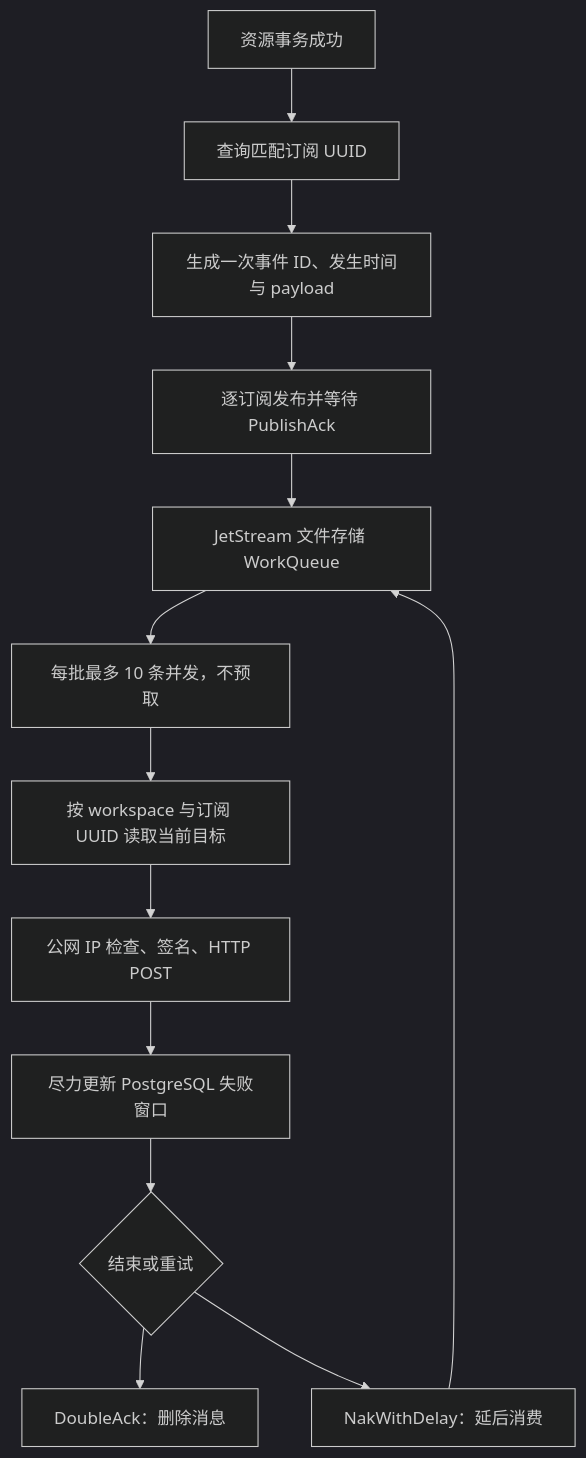
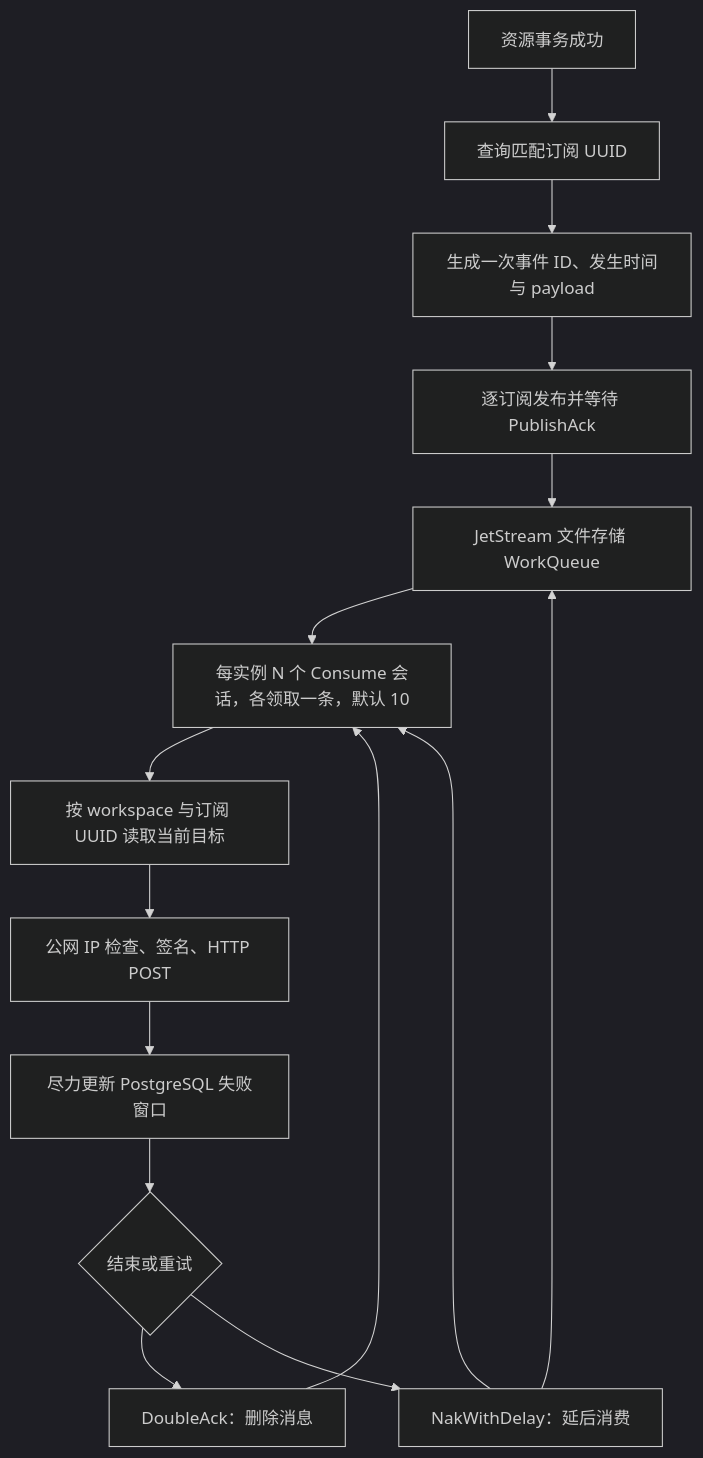
The first of 12 diagrams in docs/design/webhook-subscriptions.md (superduck-ai/open-managed-agents), drawn with Mermaid (dark theme) before and after one commit. The commit also changed other lines of this file and 26 other files, not shown here.

````diff
--- a/docs/design/webhook-subscriptions.md
+++ b/docs/design/webhook-subscriptions.md
@@ -15,15 +15,17 @@
 ```mermaid
 flowchart TD
     Commit[资源事务成功] --> Match[查询匹配订阅 UUID]
     Match --> Event[生成一次事件 ID、发生时间与 payload]
     Event --> Publish[逐订阅发布并等待 PublishAck]
     Publish --> JS[JetStream 文件存储 WorkQueue]
-    JS --> Batch[每批最多 10 条并发，不预取]
-    Batch --> Target[按 workspace 与订阅 UUID 读取当前目标]
+    JS --> Consume[每实例 N 个 Consume 会话，各领取一条，默认 10]
+    Consume --> Target[按 workspace 与订阅 UUID 读取当前目标]
     Target --> Send[公网 IP 检查、签名、HTTP POST]
     Send --> Stats[尽力更新 PostgreSQL 失败窗口]
     Stats --> Finish{结束或重试}
     Finish --> ACK[DoubleAck：删除消息]
+    ACK --> Consume
     Finish --> NAK[NakWithDelay：延后消费]
     NAK --> JS
+    NAK --> Consume
 ```
````
